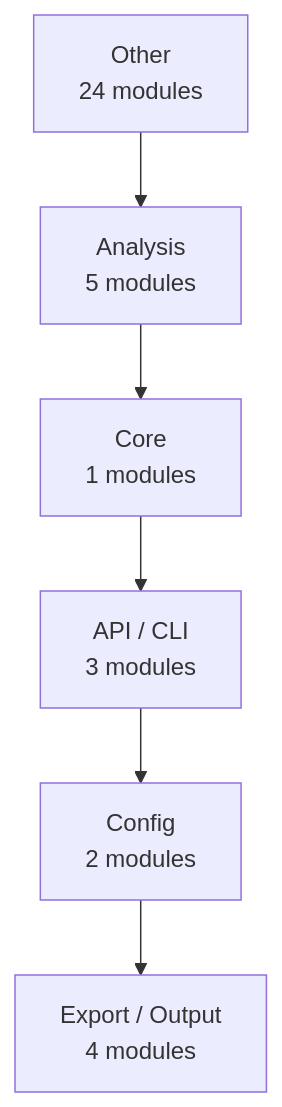
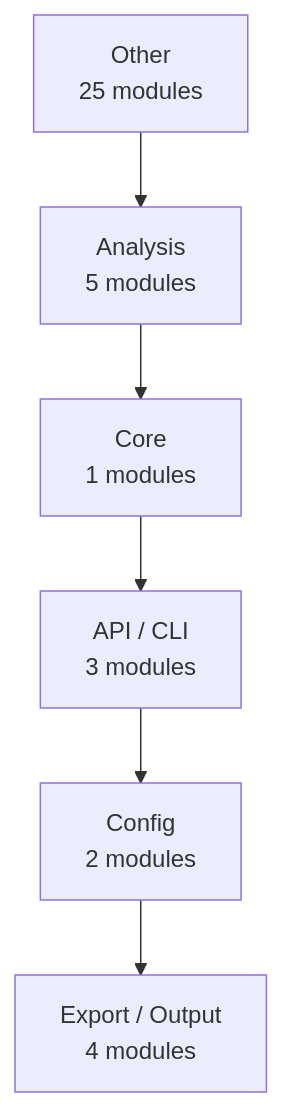
Before and after one commit to wronai/code2docs: the first of 3 diagrams in docs/architecture.md, drawn with Mermaid. The commit also changed other lines of this file and 49 other files, not shown here.

````diff
--- a/docs/architecture.md
+++ b/docs/architecture.md
@@ -39,14 +39,14 @@
 ```mermaid
 graph TD
-    Other["Other<br/>24 modules"]
+    Other["Other<br/>25 modules"]
     Analysis["Analysis<br/>5 modules"]
     Core["Core<br/>1 modules"]
     API___CLI["API / CLI<br/>3 modules"]
     Config["Config<br/>2 modules"]
     Export___Output["Export / Output<br/>4 modules"]
     Other --> Analysis
     Analysis --> Core
     Core --> API___CLI
     API___CLI --> Config
     Config --> Export___Output
 ```
````
